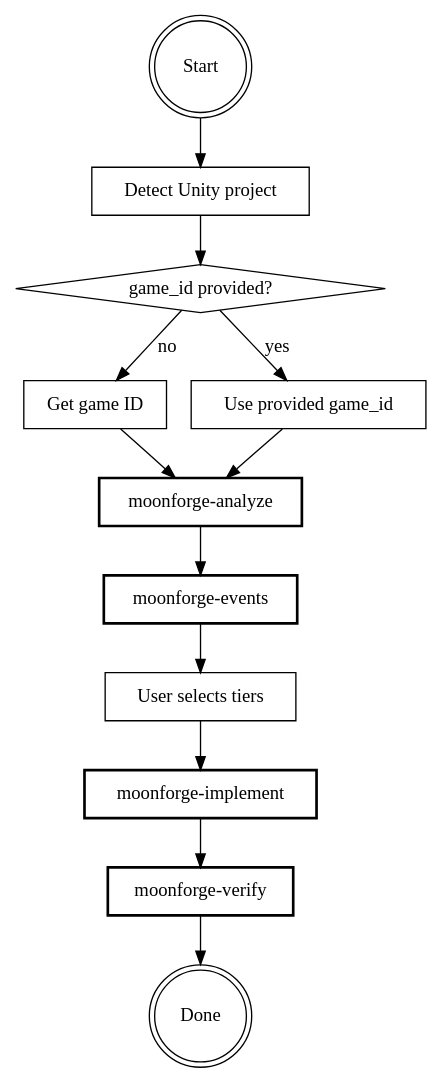
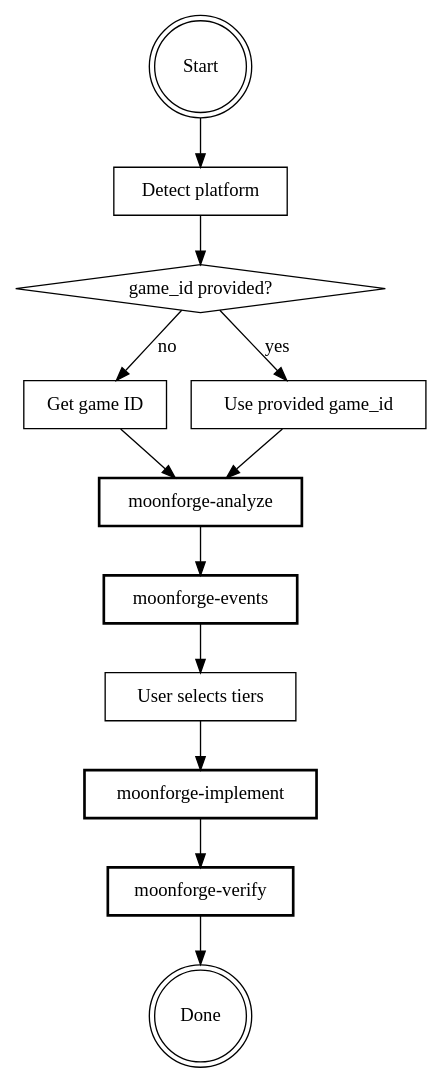
One commit to MoonForgeAI/moonforge-skill changed the diagram in skills/moonforge/SKILL.md. Above: the diagram before and after it, drawn with Graphviz. The commit also changed other lines of this file and 4 other files, not shown here.

````diff
--- a/skills/moonforge/SKILL.md
+++ b/skills/moonforge/SKILL.md
@@ -24,27 +24,27 @@
 ```dot
 digraph moonforge {
     "Start" [shape=doublecircle];
-    "Detect Unity project" [shape=box];
+    "Detect platform" [shape=box];
     "Get game ID" [shape=box];
     "game_id provided?" [shape=diamond];
     "Use provided game_id" [shape=box];
     "moonforge-analyze" [shape=box, style=bold];
     "moonforge-events" [shape=box, style=bold];
     "User selects tiers" [shape=box];
     "moonforge-implement" [shape=box, style=bold];
     "moonforge-verify" [shape=box, style=bold];
     "Done" [shape=doublecircle];
 
-    "Start" -> "Detect Unity project";
-    "Detect Unity project" -> "game_id provided?";
+    "Start" -> "Detect platform";
+    "Detect platform" -> "game_id provided?";
     "game_id provided?" -> "Use provided game_id" [label="yes"];
     "game_id provided?" -> "Get game ID" [label="no"];
     "Use provided game_id" -> "moonforge-analyze";
     "Get game ID" -> "moonforge-analyze";
     "moonforge-analyze" -> "moonforge-events";
     "moonforge-events" -> "User selects tiers";
     "User selects tiers" -> "moonforge-implement";
     "moonforge-implement" -> "moonforge-verify";
     "moonforge-verify" -> "Done";
 }
 ```
````
